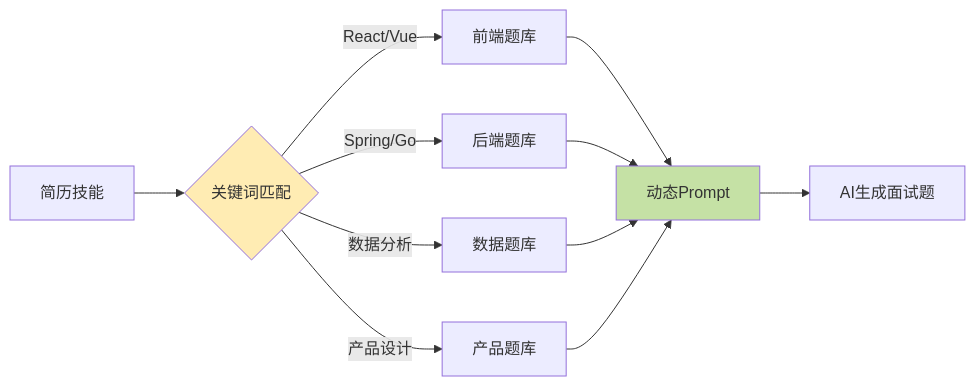
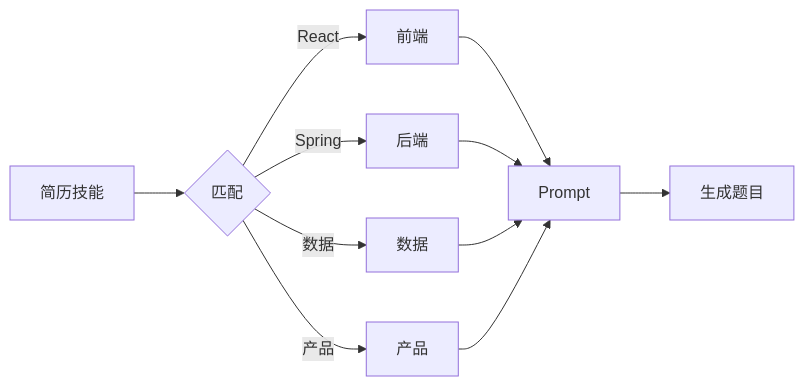
Before and after one commit to Trade-Offf/QuizPort: the second of 6 diagrams in README.md, drawn with Mermaid. The commit also changed other lines of this file, not shown here.

````diff
--- a/README.md
+++ b/README.md
@@ -120,18 +113,15 @@
 ```mermaid
-graph LR
-    A[简历技能] --> B{关键词匹配}
-    B -->|React/Vue| C[前端题库]
-    B -->|Spring/Go| D[后端题库]
-    B -->|数据分析| E[数据题库]
-    B -->|产品设计| F[产品题库]
-    
-    C --> G[动态Prompt]
+flowchart LR
+    A[简历技能] --> B{匹配}
+    B -->|React| C[前端]
+    B -->|Spring| D[后端]
+    B -->|数据| E[数据]
+    B -->|产品| F[产品]
+
+    C --> G[Prompt]
     D --> G
     E --> G
     F --> G
-    
-    G --> H[AI生成面试题]
-    
-    style B fill:#ffecb3
-    style G fill:#c5e1a5
+
+    G --> H[生成题目]
 ```
````
